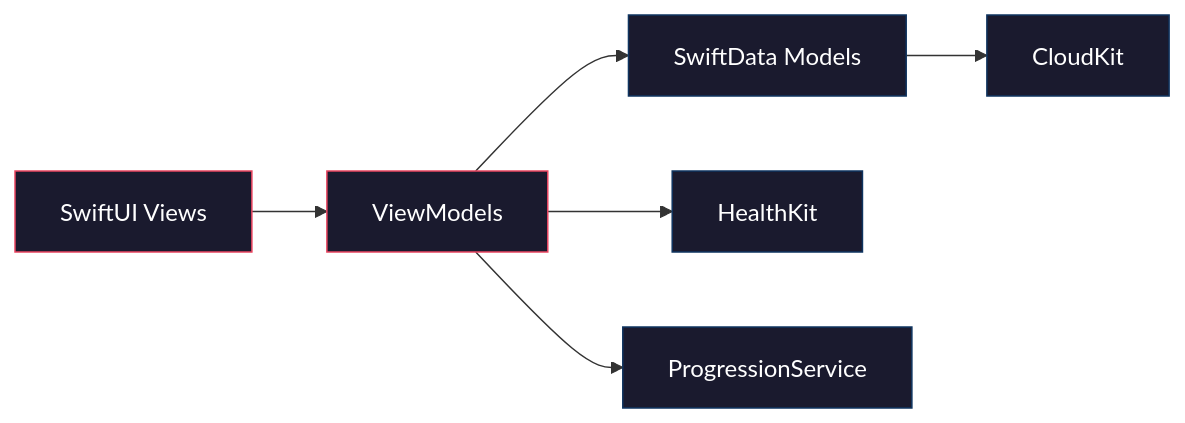
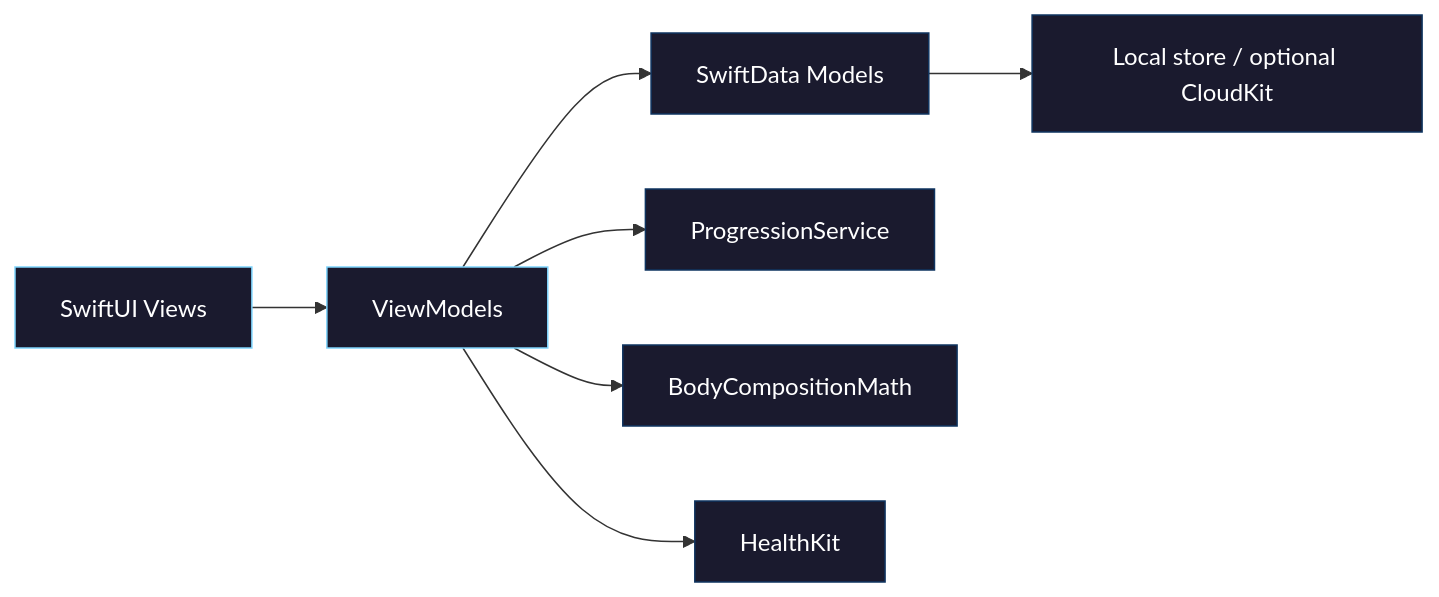
Before and after one commit to brockleej/strength-training: the diagram in README.md, drawn with Mermaid. The commit also changed other lines of this file and 66 other files, not shown here.

````diff
--- a/README.md
+++ b/README.md
@@ -45,15 +59,17 @@
 ```mermaid
 graph LR
     A["SwiftUI Views"] --> B["ViewModels"]
     B --> C["SwiftData Models"]
-    C --> D["CloudKit"]
+    B --> F["ProgressionService"]
+    B --> G["BodyCompositionMath"]
     B --> E["HealthKit"]
-    B --> F["ProgressionService"]
+    C --> D["Local store / optional CloudKit"]
 
-    style A fill:#1a1a2e,stroke:#e94560,color:#fff
-    style B fill:#1a1a2e,stroke:#e94560,color:#fff
+    style A fill:#1a1a2e,stroke:#7dd3fc,color:#fff
+    style B fill:#1a1a2e,stroke:#7dd3fc,color:#fff
     style C fill:#1a1a2e,stroke:#0f3460,color:#fff
     style D fill:#1a1a2e,stroke:#0f3460,color:#fff
     style E fill:#1a1a2e,stroke:#0f3460,color:#fff
     style F fill:#1a1a2e,stroke:#0f3460,color:#fff
+    style G fill:#1a1a2e,stroke:#0f3460,color:#fff
 ```
````
